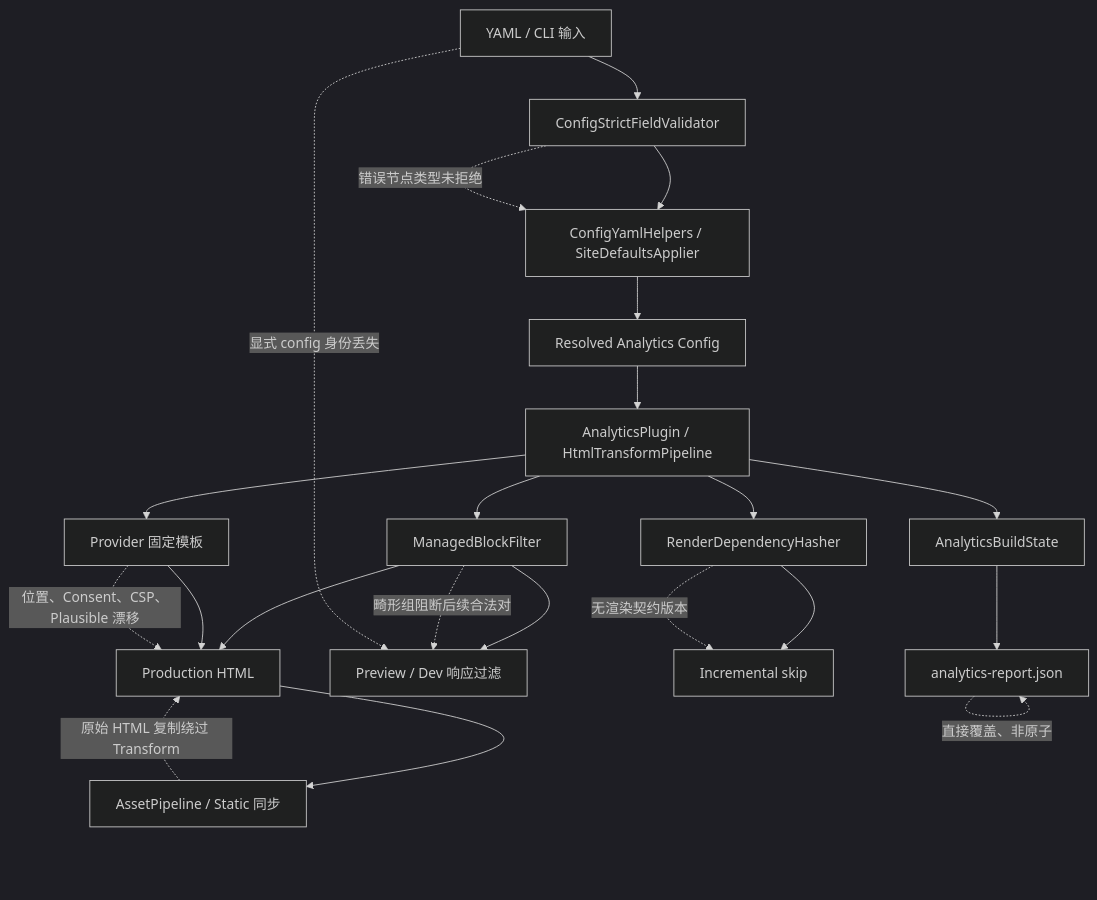
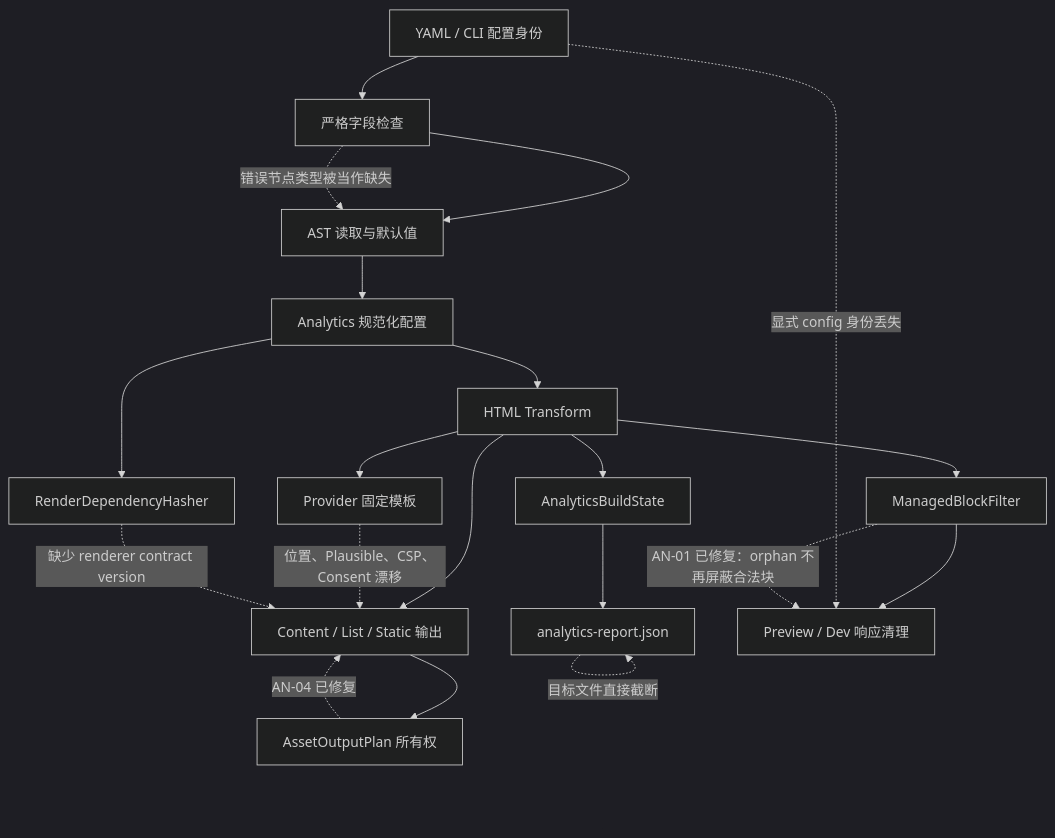
One commit to ALi365-SDN-BHD/Bukit changed the diagram in docs/analysis/bukit-analytics-built-in-plugin-deep-audit-2026-07-18.zh-CN.md. Above: the diagram before and after it, drawn with Mermaid (dark theme). The commit also changed other lines of this file and 3 other files, not shown here.

````diff
--- a/docs/analysis/bukit-analytics-built-in-plugin-deep-audit-2026-07-18.zh-CN.md
+++ b/docs/analysis/bukit-analytics-built-in-plugin-deep-audit-2026-07-18.zh-CN.md
@@ -65,25 +77,23 @@
 ```mermaid
 flowchart TD
-    A["YAML / CLI 输入"] --> B["ConfigStrictFieldValidator"]
-    B --> C["ConfigYamlHelpers / SiteDefaultsApplier"]
-    C --> D["Resolved Analytics Config"]
-    D --> E["AnalyticsPlugin / HtmlTransformPipeline"]
+    A["YAML / CLI 配置身份"] --> B["严格字段检查"]
+    B --> C["AST 读取与默认值"]
+    C --> D["Analytics 规范化配置"]
+    D --> E["HTML Transform"]
     E --> F["ManagedBlockFilter"]
     E --> G["Provider 固定模板"]
-    E --> H["RenderDependencyHasher"]
-    F --> I["Production HTML"]
-    F --> J["Preview / Dev 响应过滤"]
-    G --> I
-    H --> K["Incremental skip"]
-    I --> L["AssetPipeline / Static 同步"]
-    E --> M["AnalyticsBuildState"]
-    M --> N["analytics-report.json"]
+    D --> H["RenderDependencyHasher"]
+    E --> I["Content / List / Static 输出"]
+    I --> J["AssetOutputPlan 所有权"]
+    E --> K["AnalyticsBuildState"]
+    K --> L["analytics-report.json"]
+    F --> M["Preview / Dev 响应清理"]
 
-    B -. "错误节点类型未拒绝" .-> C
-    F -. "畸形组阻断后续合法对" .-> J
-    A -. "显式 config 身份丢失" .-> J
-    L -. "原始 HTML 复制绕过 Transform" .-> I
-    G -. "位置、Consent、CSP、Plausible 漂移" .-> I
-    H -. "无渲染契约版本" .-> K
-    N -. "直接覆盖、非原子" .-> N
+    B -. "错误节点类型被当作缺失" .-> C
+    A -. "显式 config 身份丢失" .-> M
+    F -. "AN-01 已修复：orphan 不再屏蔽合法块" .-> M
+    G -. "位置、Plausible、CSP、Consent 漂移" .-> I
+    H -. "缺少 renderer contract version" .-> I
+    L -. "目标文件直接截断" .-> L
+    J -. "AN-04 已修复" .-> I
 ```
````
